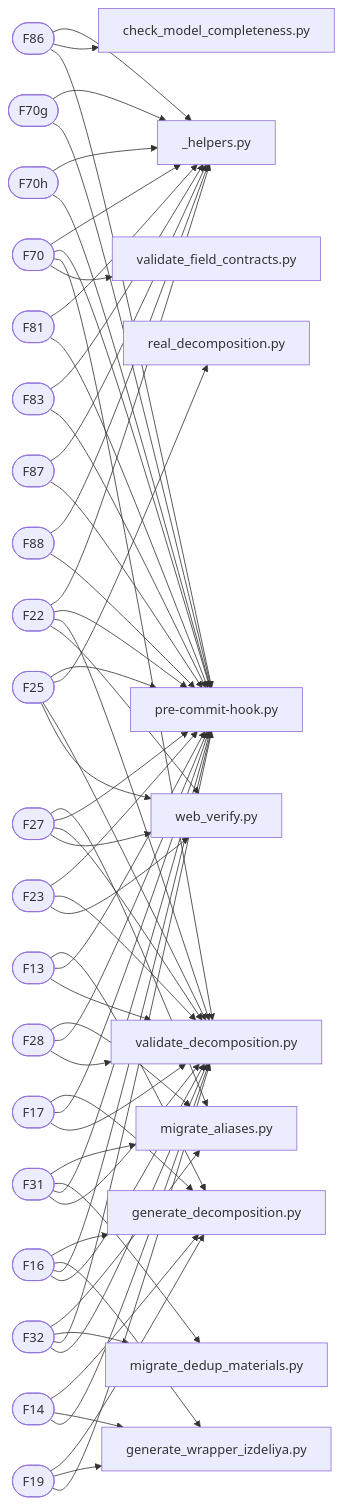
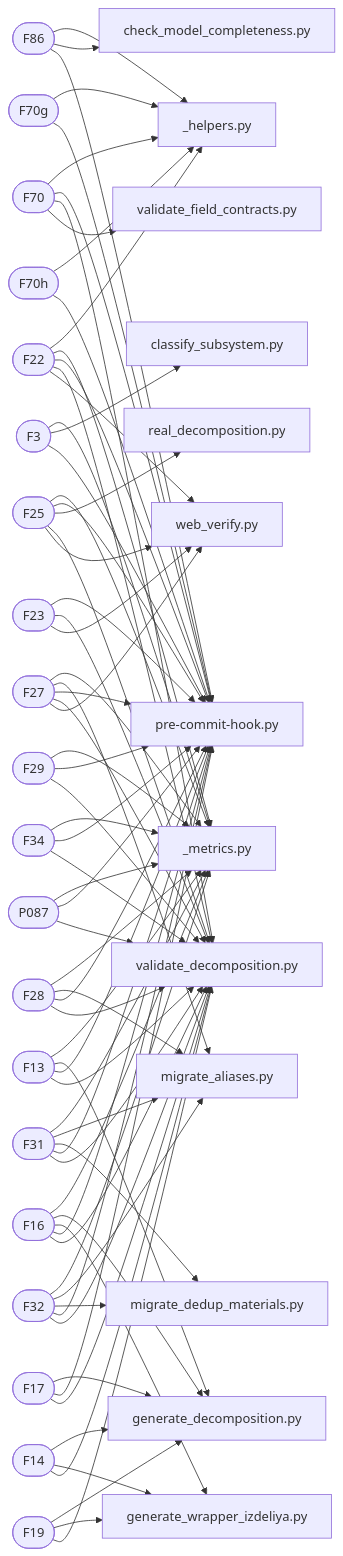
Before and after one commit to a-m-e-n-t-e-t/SkyNet: the diagram in graphs/mermaid/graph3_traceability.md, drawn with Mermaid. The commit also changed other lines of this file and 9 other files, not shown here.

````diff
--- a/graphs/mermaid/graph3_traceability.md
+++ b/graphs/mermaid/graph3_traceability.md
@@ -5,12 +5,69 @@
     F22([F22])
     script__helpers_py[_helpers.py]
     F22 --> script__helpers_py
+    script__metrics_py[_metrics.py]
+    F22 --> script__metrics_py
     script_pre-commit-hook_py[pre-commit-hook.py]
     F22 --> script_pre-commit-hook_py
     script_validate_decomposition_py[validate_decomposition.py]
     F22 --> script_validate_decomposition_py
     script_web_verify_py[web_verify.py]
     F22 --> script_web_verify_py
+    F16([F16])
+    script__metrics_py[_metrics.py]
+    F16 --> script__metrics_py
+    script_generate_decomposition_py[generate_decomposition.py]
+    F16 --> script_generate_decomposition_py
+    script_generate_wrapper_izdeliya_py[generate_wrapper_izdeliya.py]
+    F16 --> script_generate_wrapper_izdeliya_py
+    script_pre-commit-hook_py[pre-commit-hook.py]
+    F16 --> script_pre-commit-hook_py
+    script_validate_decomposition_py[validate_decomposition.py]
+    F16 --> script_validate_decomposition_py
+    F25([F25])
+    script__metrics_py[_metrics.py]
+    F25 --> script__metrics_py
+    script_pre-commit-hook_py[pre-commit-hook.py]
+    F25 --> script_pre-commit-hook_py
+    script_real_decomposition_py[real_decomposition.py]
+    F25 --> script_real_decomposition_py
+    script_validate_decomposition_py[validate_decomposition.py]
+    F25 --> script_validate_decomposition_py
+    script_web_verify_py[web_verify.py]
+    F25 --> script_web_verify_py
+    F27([F27])
+    script__metrics_py[_metrics.py]
+    F27 --> script__metrics_py
+    script_migrate_aliases_py[migrate_aliases.py]
+    F27 --> script_migrate_aliases_py
+    script_pre-commit-hook_py[pre-commit-hook.py]
+    F27 --> script_pre-commit-hook_py
+    script_validate_decomposition_py[validate_decomposition.py]
+    F27 --> script_validate_decomposition_py
+    script_web_verify_py[web_verify.py]
+    F27 --> script_web_verify_py
+    F31([F31])
+    script__metrics_py[_metrics.py]
+    F31 --> script__metrics_py
+    script_migrate_aliases_py[migrate_aliases.py]
+    F31 --> script_migrate_aliases_py
+    script_migrate_dedup_materials_py[migrate_dedup_materials.py]
+    F31 --> script_migrate_dedup_materials_py
+    script_pre-commit-hook_py[pre-commit-hook.py]
+    F31 --> script_pre-commit-hook_py
+    script_validate_decomposition_py[validate_decomposition.py]
+    F31 --> script_validate_decomposition_py
+    F32([F32])
+    script__metrics_py[_metrics.py]
+    F32 --> script__metrics_py
+    script_migrate_aliases_py[migrate_aliases.py]
+    F32 --> script_migrate_aliases_py
+    script_migrate_dedup_materials_py[migrate_dedup_materials.py]
+    F32 --> script_migrate_dedup_materials_py
+    script_pre-commit-hook_py[pre-commit-hook.py]
+    F32 --> script_pre-commit-hook_py
+    script_validate_decomposition_py[validate_decomposition.py]
+    F32 --> script_validate_decomposition_py
     F70([F70])
     script__helpers_py[_helpers.py]
     F70 --> script__helpers_py
@@ -20,51 +77,52 @@
     F70 --> script_validate_decomposition_py
     script_validate_field_contracts_py[validate_field_contracts.py]
     F70 --> script_validate_field_contracts_py
-    F16([F16])
+    F13([F13])
+    script__metrics_py[_metrics.py]
+    F13 --> script__metrics_py
     script_generate_decomposition_py[generate_decomposition.py]
-    F16 --> script_generate_decomposition_py
-    script_generate_wrapper_izdeliya_py[generate_wrapper_izdeliya.py]
-    F16 --> script_generate_wrapper_izdeliya_py
+    F13 --> script_generate_decomposition_py
     script_pre-commit-hook_py[pre-commit-hook.py]
-    F16 --> script_pre-commit-hook_py
+    F13 --> script_pre-commit-hook_py
     script_validate_decomposition_py[validate_decomposition.py]
-    F16 --> script_validate_decomposition_py
-    F27([F27])
+    F13 --> script_validate_decomposition_py
+    F28([F28])
+    script__metrics_py[_metrics.py]
+    F28 --> script__metrics_py
     script_migrate_aliases_py[migrate_aliases.py]
-    F27 --> script_migrate_aliases_py
+    F28 --> script_migrate_aliases_py
     script_pre-commit-hook_py[pre-commit-hook.py]
-    F27 --> script_pre-commit-hook_py
+    F28 --> script_pre-commit-hook_py
     script_validate_decomposition_py[validate_decomposition.py]
-    F27 --> script_validate_decomposition_py
-    script_web_verify_py[web_verify.py]
-    F27 --> script_web_verify_py
-    F31([F31])
-    script_migrate_aliases_py[migrate_aliases.py]
-    F31 --> script_migrate_aliases_py
-    script_migrate_dedup_materials_py[migrate_dedup_materials.py]
-    F31 --> script_migrate_dedup_materials_py
+    F28 --> script_validate_decomposition_py
+    F29([F29])
+    script__metrics_py[_metrics.py]
+    F29 --> script__metrics_py
     script_pre-commit-hook_py[pre-commit-hook.py]
-    F31 --> script_pre-commit-hook_py
+    F29 --> script_pre-commit-hook_py
     script_validate_decomposition_py[validate_decomposition.py]
-    F31 --> script_validate_decomposition_py
-    F32([F32])
-    script_migrate_aliases_py[migrate_aliases.py]
-    F32 --> script_migrate_aliases_py
-    script_migrate_dedup_materials_py[migrate_dedup_materials.py]
-    F32 --> script_migrate_dedup_materials_py
+    F29 --> script_validate_decomposition_py
+    F3([F3])
+    script__metrics_py[_metrics.py]
+    F3 --> script__metrics_py
+    script_classify_subsystem_py[classify_subsystem.py]
+    F3 --> script_classify_subsystem_py
     script_pre-commit-hook_py[pre-commit-hook.py]
-    F32 --> script_pre-commit-hook_py
+    F3 --> script_pre-commit-hook_py
+    F34([F34])
+    script__metrics_py[_metrics.py]
+    F34 --> script__metrics_py
+    script_pre-commit-hook_py[pre-commit-hook.py]
+    F34 --> script_pre-commit-hook_py
     script_validate_decomposition_py[validate_decomposition.py]
-    F32 --> script_validate_decomposition_py
-    F25([F25])
+    F34 --> script_validate_decomposition_py
+    P087([P087])
+    script__metrics_py[_metrics.py]
+    P087 --> script__metrics_py
     script_pre-commit-hook_py[pre-commit-hook.py]
-    F25 --> script_pre-commit-hook_py
-    script_real_decomposition_py[real_decomposition.py]
-    F25 --> script_real_decomposition_py
+    P087 --> script_pre-commit-hook_py
     script_validate_decomposition_py[validate_decomposition.py]
-    F25 --> script_validate_decomposition_py
-    script_web_verify_py[web_verify.py]
-    F25 --> script_web_verify_py
+    P087 --> script_validate_decomposition_py
     F86([F86])
     script__helpers_py[_helpers.py]
     F86 --> script__helpers_py
@@ -72,13 +130,6 @@
     F86 --> script_check_model_completeness_py
     script_pre-commit-hook_py[pre-commit-hook.py]
     F86 --> script_pre-commit-hook_py
-    F13([F13])
-    script_generate_decomposition_py[generate_decomposition.py]
-    F13 --> script_generate_decomposition_py
-    script_pre-commit-hook_py[pre-commit-hook.py]
-    F13 --> script_pre-commit-hook_py
-    script_validate_decomposition_py[validate_decomposition.py]
-    F13 --> script_validate_decomposition_py
     F14([F14])
     script_generate_decomposition_py[generate_decomposition.py]
     F14 --> script_generate_decomposition_py
@@ -100,13 +151,6 @@
     F19 --> script_generate_wrapper_izdeliya_py
     script_validate_decomposition_py[validate_decomposition.py]
     F19 --> script_validate_decomposition_py
-    F28([F28])
-    script_migrate_aliases_py[migrate_aliases.py]
-    F28 --> script_migrate_aliases_py
-    script_pre-commit-hook_py[pre-commit-hook.py]
-    F28 --> script_pre-commit-hook_py
-    script_validate_decomposition_py[validate_decomposition.py]
-    F28 --> script_validate_decomposition_py
     F23([F23])
     script_pre-commit-hook_py[pre-commit-hook.py]
     F23 --> script_pre-commit-hook_py
@@ -124,24 +168,4 @@
     F70h --> script__helpers_py
     script_pre-commit-hook_py[pre-commit-hook.py]
     F70h --> script_pre-commit-hook_py
-    F81([F81])
-    script__helpers_py[_helpers.py]
-    F81 --> script__helpers_py
-    script_pre-commit-hook_py[pre-commit-hook.py]
-    F81 --> script_pre-commit-hook_py
-    F83([F83])
-    script__helpers_py[_helpers.py]
-    F83 --> script__helpers_py
-    script_pre-commit-hook_py[pre-commit-hook.py]
-    F83 --> script_pre-commit-hook_py
-    F87([F87])
-    script__helpers_py[_helpers.py]
-    F87 --> script__helpers_py
-    script_pre-commit-hook_py[pre-commit-hook.py]
-    F87 --> script_pre-commit-hook_py
-    F88([F88])
-    script__helpers_py[_helpers.py]
-    F88 --> script__helpers_py
-    script_pre-commit-hook_py[pre-commit-hook.py]
-    F88 --> script_pre-commit-hook_py
 ```
````
